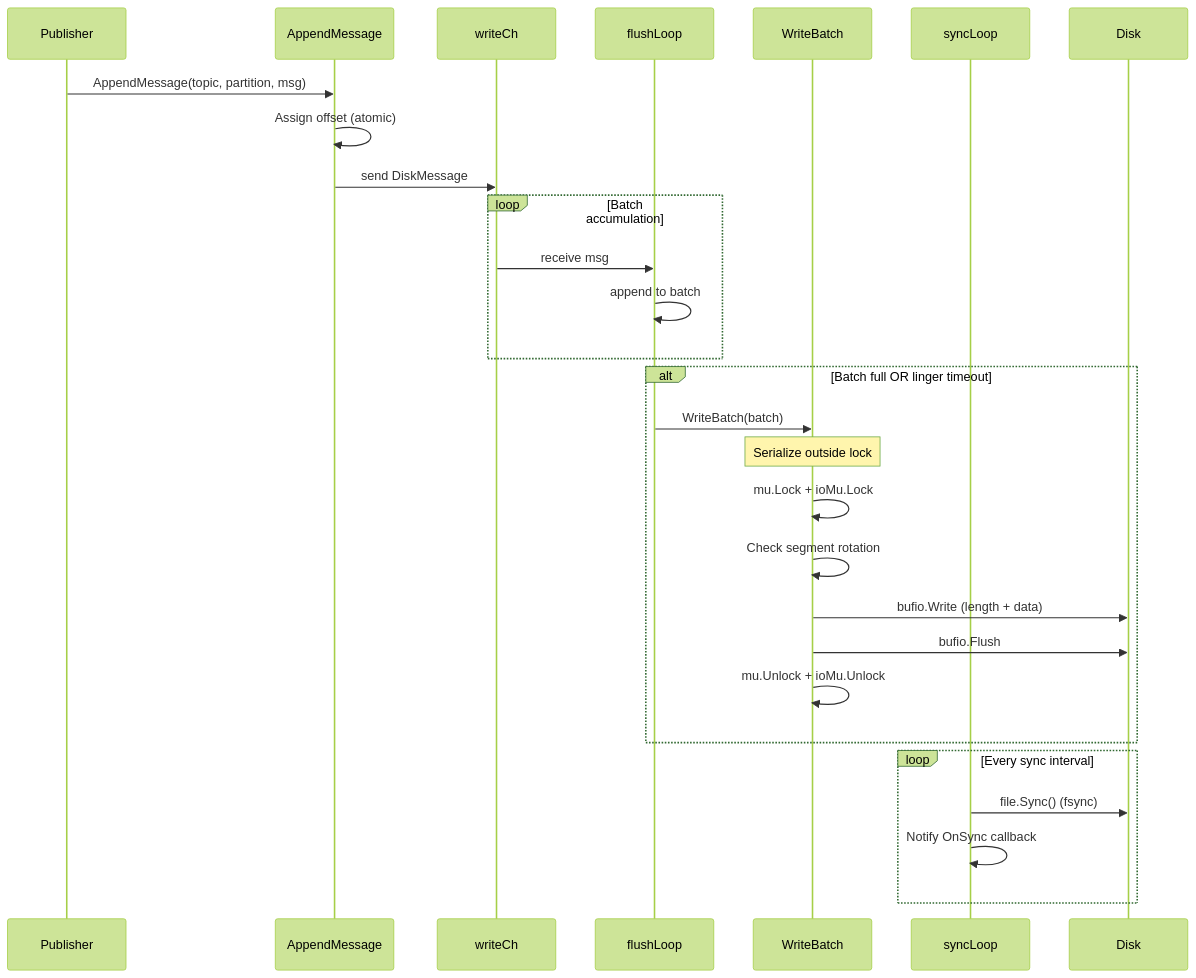
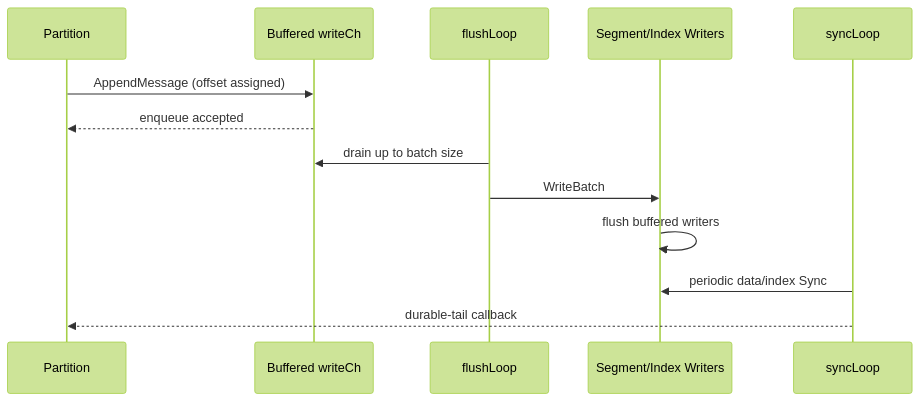
Before and after one commit to cursus-io/cursus: the diagram in docs/core/storage/disk-persistence.md, drawn with Mermaid (forest theme). The commit also changed other lines of this file and 58 other files, not shown here.

````diff
--- a/docs/core/storage/disk-persistence.md
+++ b/docs/core/storage/disk-persistence.md
@@ -54,34 +17,16 @@
 ```mermaid
 sequenceDiagram
-    participant P as Publisher
-    participant AH as AppendMessage
-    participant CH as writeCh
-    participant FL as flushLoop
-    participant WB as WriteBatch
-    participant SL as syncLoop
-    participant D as Disk
+    participant P as Partition
+    participant C as Buffered writeCh
+    participant F as flushLoop
+    participant W as Segment/Index Writers
+    participant S as syncLoop
 
-    P->>AH: AppendMessage(topic, partition, msg)
-    AH->>AH: Assign offset (atomic)
-    AH->>CH: send DiskMessage
-
-    loop Batch accumulation
-        CH->>FL: receive msg
-        FL->>FL: append to batch
-    end
-
-    alt Batch full OR linger timeout
-        FL->>WB: WriteBatch(batch)
-        Note over WB: Serialize outside lock
-        WB->>WB: mu.Lock + ioMu.Lock
-        WB->>WB: Check segment rotation
-        WB->>D: bufio.Write (length + data)
-        WB->>D: bufio.Flush
-        WB->>WB: mu.Unlock + ioMu.Unlock
-    end
-
-    loop Every sync interval
-        SL->>D: file.Sync() (fsync)
-        SL->>SL: Notify OnSync callback
-    end
+    P->>C: AppendMessage (offset assigned)
+    C-->>P: enqueue accepted
+    F->>C: drain up to batch size
+    F->>W: WriteBatch
+    W->>W: flush buffered writers
+    S->>W: periodic data/index Sync
+    S-->>P: durable-tail callback
 ```
````
